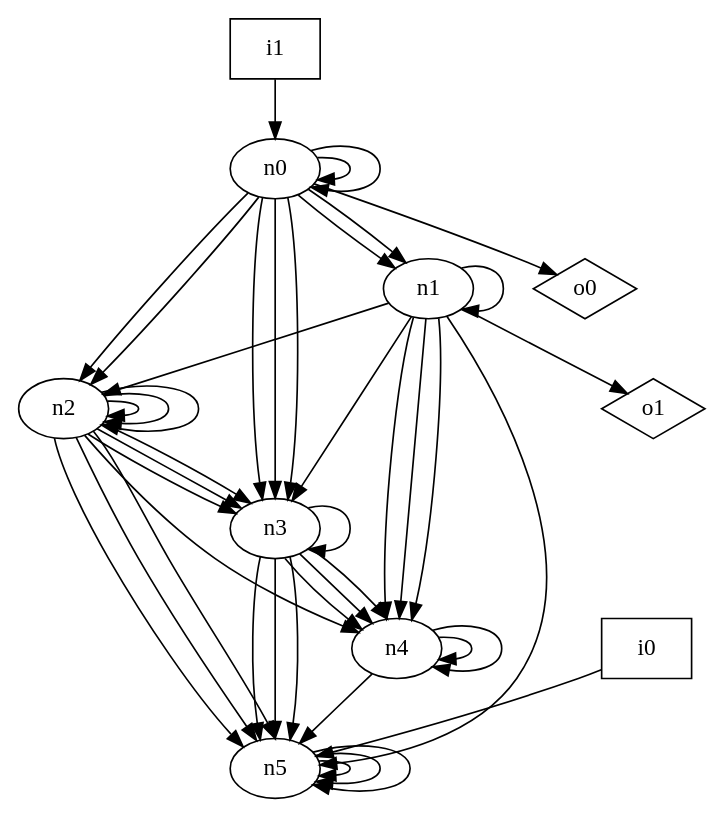
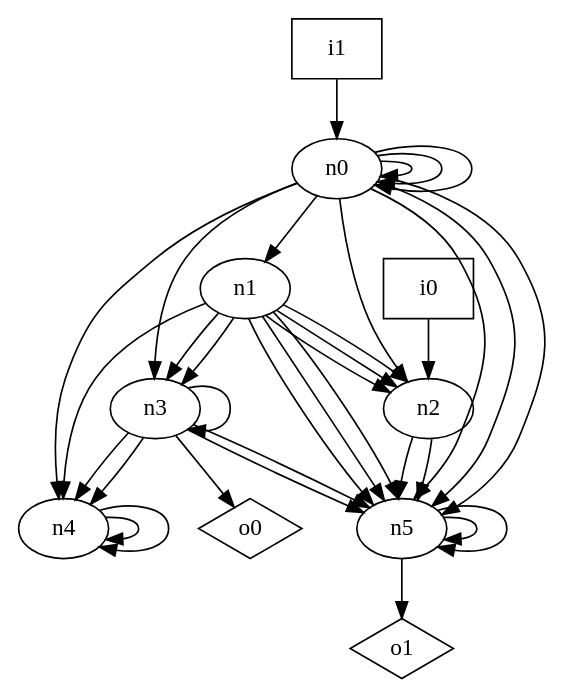
One commit to p9romain/bool-circuits changed the diagram in dot_files/random/random_DAG_graph.dot. Above: the diagram before and after it, drawn with Graphviz. The commit also changed 23 other files, not shown here.

```diff
--- a/dot_files/random/random_DAG_graph.dot
+++ b/dot_files/random/random_DAG_graph.dot
@@ -1,55 +1,46 @@
 digraph G {
 n0 [label="n0"];
 n1 [label="n1"];
 n2 [label="n2"];
 n3 [label="n3"];
 n4 [label="n4"];
 n5 [label="n5"];
 n6 [label="i0",shape="box"];
 n7 [label="i1",shape="box"];
 n8 [label="o0",shape="diamond"];
 n9 [label="o1",shape="diamond"];
 n0 -> n0
 n0 -> n0
-n0 -> n1
+n0 -> n0
 n0 -> n1
 n0 -> n2
-n0 -> n2
 n0 -> n3
-n0 -> n3
-n0 -> n3
-n0 -> n8
-n1 -> n1
+n0 -> n4
+n0 -> n5
+n0 -> n5
+n0 -> n5
+n1 -> n2
+n1 -> n2
 n1 -> n2
 n1 -> n3
-n1 -> n4
-n1 -> n4
+n1 -> n3
 n1 -> n4
 n1 -> n5
-n1 -> n9
-n2 -> n2
-n2 -> n2
-n2 -> n2
-n2 -> n3
-n2 -> n3
-n2 -> n3
-n2 -> n4
-n2 -> n5
+n1 -> n5
+n1 -> n5
 n2 -> n5
 n2 -> n5
 n3 -> n3
 n3 -> n4
 n3 -> n4
-n3 -> n4
 n3 -> n5
 n3 -> n5
-n3 -> n5
+n3 -> n8
 n4 -> n4
 n4 -> n4
-n4 -> n5
 n5 -> n5
 n5 -> n5
-n5 -> n5
-n6 -> n5
+n5 -> n9
+n6 -> n2
 n7 -> n0
 }
```
